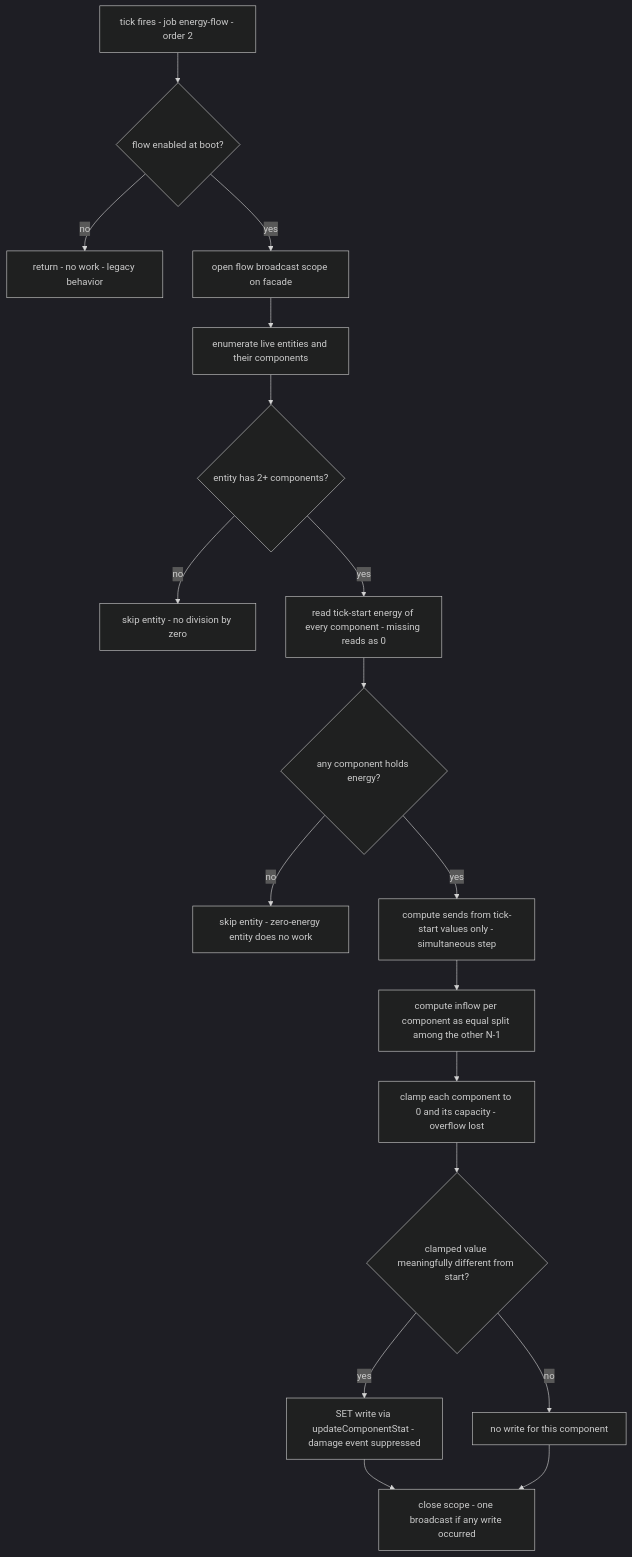
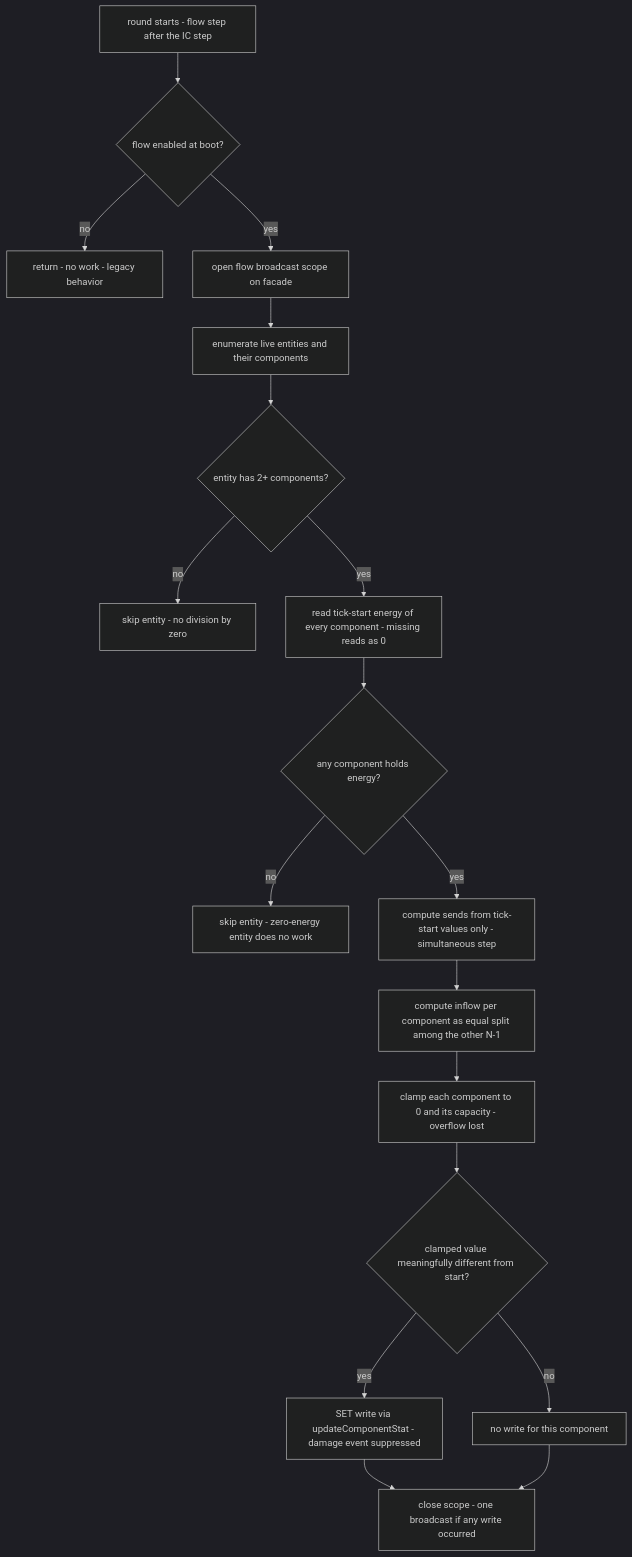
The diagram in wiki/energy_flow_spec.md (Rhuan-P-Dev/slopSimulacrum), drawn with Mermaid (dark theme) before and after one commit. The commit also changed other lines of this file and 22 other files, not shown here.

First line of the commit message:
refactor: drive IC overTime effects and energy flow on turns, not ticks

````diff
--- a/wiki/energy_flow_spec.md
+++ b/wiki/energy_flow_spec.md
@@ -64,20 +64,20 @@
 ```mermaid
 flowchart TD
-    A[tick fires - job energy-flow - order 2] --> B{flow enabled at boot?}
+    A[round starts - flow step after the IC step] --> B{flow enabled at boot?}
     B -- no --> Z[return - no work - legacy behavior]
     B -- yes --> C[open flow broadcast scope on facade]
     C --> D[enumerate live entities and their components]
     D --> E{entity has 2+ components?}
     E -- no --> S[skip entity - no division by zero]
     E -- yes --> F[read tick-start energy of every component - missing reads as 0]
     F --> G{any component holds energy?}
     G -- no --> S2[skip entity - zero-energy entity does no work]
     G -- yes --> H[compute sends from tick-start values only - simultaneous step]
     H --> I[compute inflow per component as equal split among the other N-1]
     I --> J[clamp each component to 0 and its capacity - overflow lost]
     J --> K{clamped value meaningfully different from start?}
     K -- no --> N[no write for this component]
     K -- yes --> L[SET write via updateComponentStat - damage event suppressed]
     L --> M
     N --> M[close scope - one broadcast if any write occurred]
 ```
````
